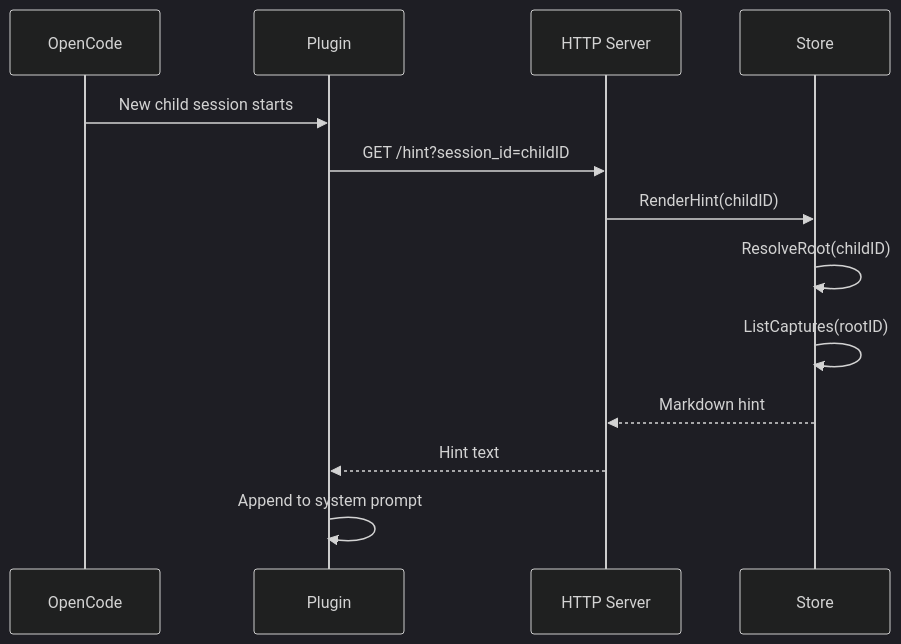
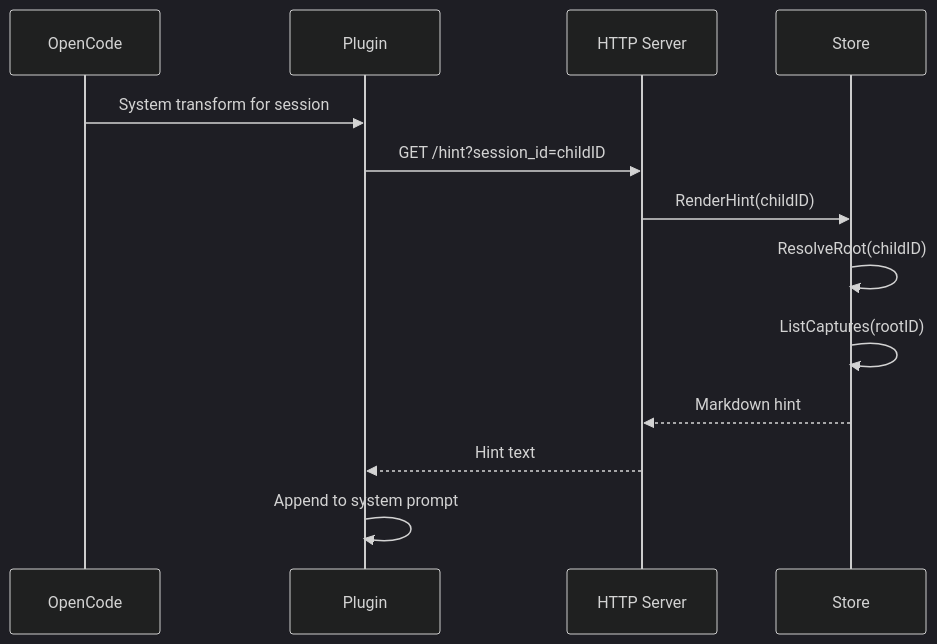
One commit to Andres77872/context-bridge changed the fourth of 5 diagrams in README.md. Above: the diagram before and after it, drawn with Mermaid (dark theme). The commit also changed other lines of this file and 44 other files, not shown here.

````diff
--- a/README.md
+++ b/README.md
@@ -106,16 +106,16 @@
 ```mermaid
 sequenceDiagram
     participant OC as OpenCode
     participant P as Plugin
     participant SRV as HTTP Server
     participant S as Store
     
-    OC->>P: New child session starts
+    OC->>P: System transform for session
     P->>SRV: GET /hint?session_id=childID
     SRV->>S: RenderHint(childID)
     S->>S: ResolveRoot(childID)
     S->>S: ListCaptures(rootID)
     S-->>SRV: Markdown hint
     SRV-->>P: Hint text
     P->>P: Append to system prompt
 ```
````
